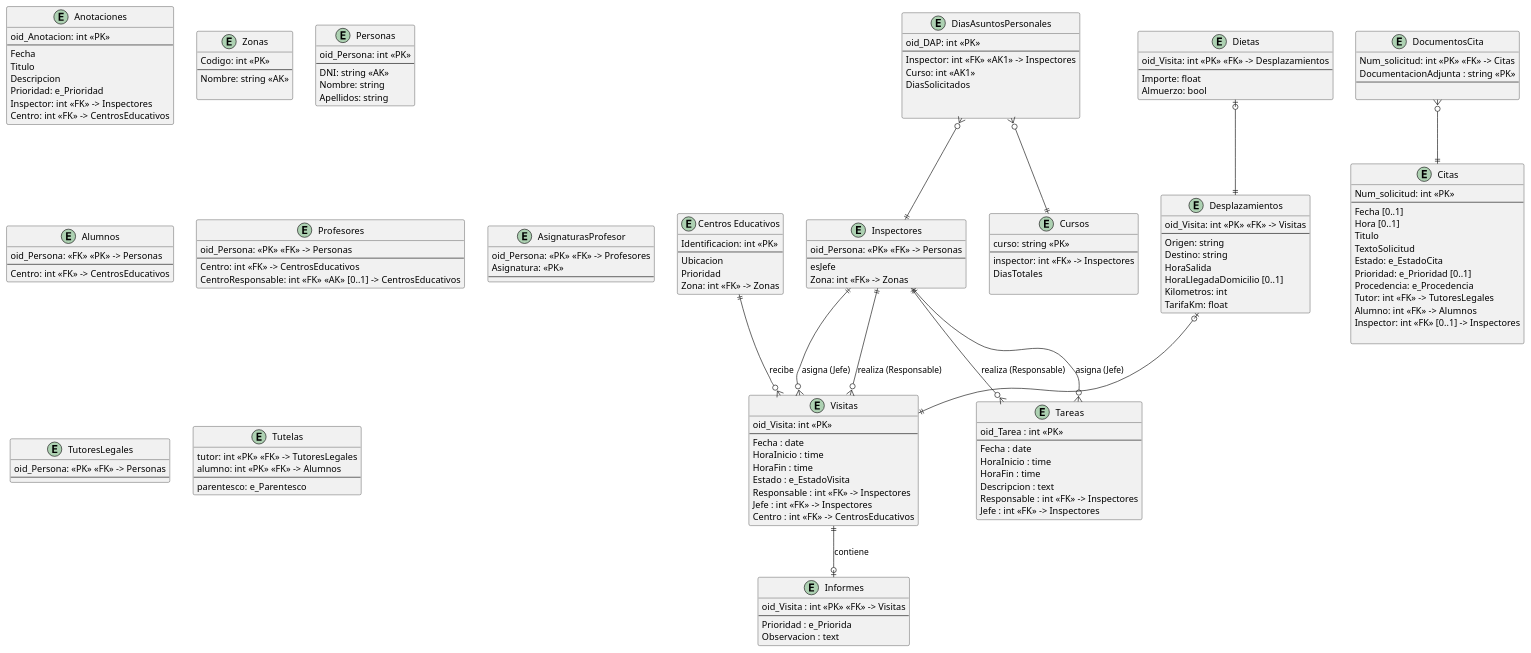
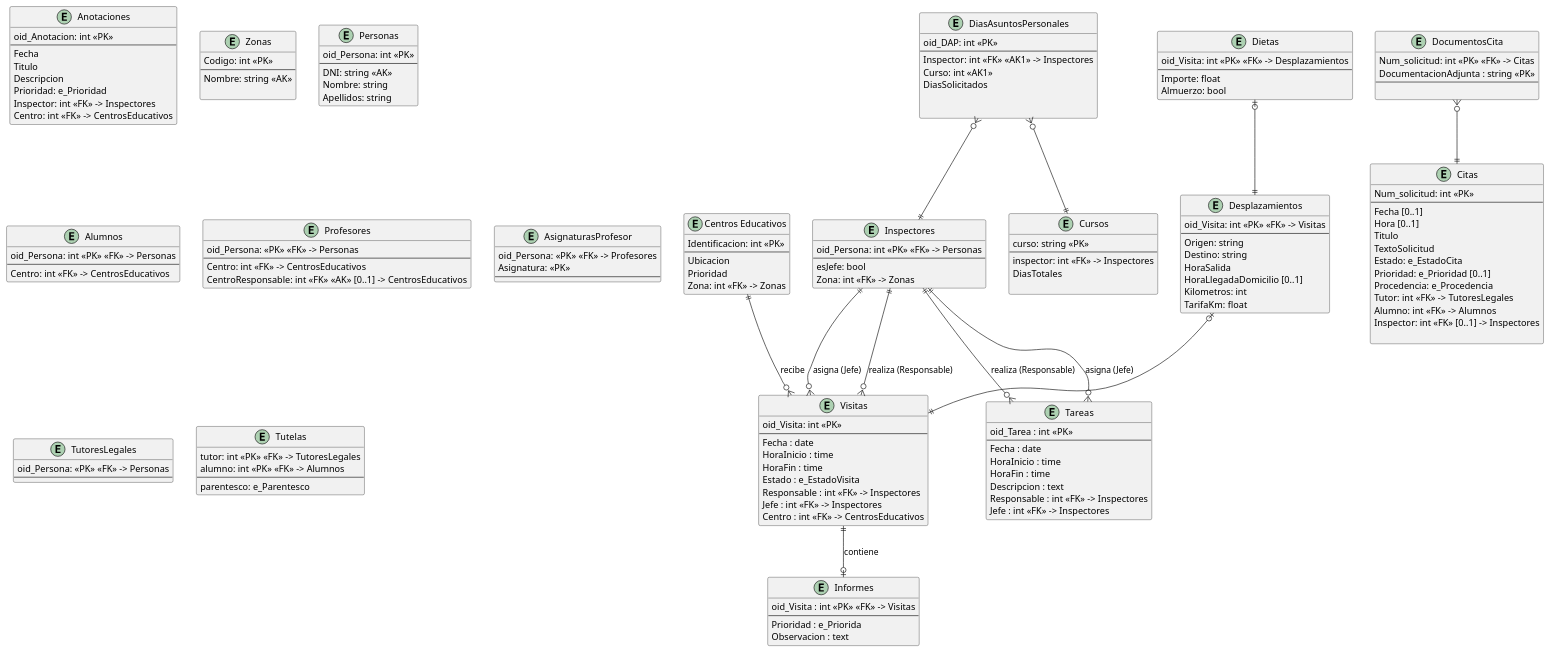
Before and after one commit to lorenzomaranon/ProyectoBD_Inspeccion_Educativa: the diagram in modelado/modelado_relacional.puml, drawn with PlantUML.

Commit message:
Añade tipos entidades inspectores y alumnos

```diff
--- a/modelado/modelado_relacional.puml
+++ b/modelado/modelado_relacional.puml
@@ -1,191 +1,191 @@
 @startuml modelado_relacional
 hide methods
 skinparam ClassAttributeIconSize 0
 
 
 entity "Centros Educativos" as CentrosEducativos {
     Identificacion: int <<PK>>
     --
     Ubicacion
     Prioridad
     Zona: int <<FK>> -> Zonas
 }
 
 
 entity DocumentosCita {
     Num_solicitud: int <<PK>> <<FK>> -> Citas
     DocumentacionAdjunta : string <<PK>>
     --
      
 }
 entity Citas {
     Num_solicitud: int <<PK>> 
     --
     Fecha [0..1]
     Hora [0..1]
     Titulo
     TextoSolicitud
     Estado: e_EstadoCita
     Prioridad: e_Prioridad [0..1]
     Procedencia: e_Procedencia
     Tutor: int <<FK>> -> TutoresLegales
     Alumno: int <<FK>> -> Alumnos
     Inspector: int <<FK>> [0..1] -> Inspectores
 
 }
 
 entity Anotaciones {
     oid_Anotacion: int <<PK>>
     --
     Fecha
     Titulo
     Descripcion
     Prioridad: e_Prioridad
     Inspector: int <<FK>> -> Inspectores
     Centro: int <<FK>> -> CentrosEducativos
 }
 
 
 
 entity Visitas {
     oid_Visita: int <<PK>>
     --
     Fecha : date
     HoraInicio : time
     HoraFin : time
     Estado : e_EstadoVisita
     Responsable : int <<FK>> -> Inspectores
     Jefe : int <<FK>> -> Inspectores
     Centro : int <<FK>> -> CentrosEducativos
 }
 
 entity Informes {
     oid_Visita : int <<PK>> <<FK>> -> Visitas
     --
     Prioridad : e_Priorida
     Observacion : text
 }
 
 entity Tareas {
     oid_Tarea : int <<PK>>
     --
     Fecha : date
     HoraInicio : time
     HoraFin : time
     Descripcion : text
     Responsable : int <<FK>> -> Inspectores
     Jefe : int <<FK>> -> Inspectores
 }
 
 
 
 entity Zonas {
     Codigo: int <<PK>>
     --
     Nombre: string <<AK>>
     
 }
 
 entity Personas {
     oid_Persona: int <<PK>>
     --
     DNI: string <<AK>>
     Nombre: string
     Apellidos: string
 }
 
 entity Inspectores {
-    oid_Persona: <<PK>> <<FK>> -> Personas
+    oid_Persona: int <<PK>> <<FK>> -> Personas
     --
-    esJefe
+    esJefe: bool
     Zona: int <<FK>> -> Zonas
 }
 entity Alumnos {
-    oid_Persona: <<FK>> <<PK>> -> Personas
+    oid_Persona: int <<PK>> <<FK>> -> Personas
     --
     Centro: int <<FK>> -> CentrosEducativos
 }
 
 entity Profesores {
     oid_Persona: <<PK>> <<FK>> -> Personas
     --
     Centro: int <<FK>> -> CentrosEducativos
     CentroResponsable: int <<FK>> <<AK>> [0..1] -> CentrosEducativos
 }
 
 entity AsignaturasProfesor {
     oid_Persona: <<PK>> <<FK>> -> Profesores
     Asignatura: <<PK>>
     --
 }
 
 entity TutoresLegales {
     oid_Persona: <<PK>> <<FK>> -> Personas
     --
 }
 
 entity Tutelas {
     tutor: int <<PK>> <<FK>> -> TutoresLegales
     alumno: int <<PK>> <<FK>> -> Alumnos
     --
     parentesco: e_Parentesco
 }
 
 Inspectores ||--o{ Visitas : realiza (Responsable)
 Inspectores ||--o{ Visitas : asigna (Jefe)
 Inspectores ||--o{ Tareas : realiza (Responsable)
 Inspectores ||--o{ Tareas : asigna (Jefe)
 CentrosEducativos ||--o{ Visitas : recibe
 Visitas ||--o| Informes : contiene
 
 
 entity Desplazamientos {
     oid_Visita: int <<PK>> <<FK>> -> Visitas
     --
     Origen: string
     Destino: string
     HoraSalida
     HoraLlegadaDomicilio [0..1]
     Kilometros: int
     TarifaKm: float
 }
 
 
 entity Dietas {
     oid_Visita: int <<PK>> <<FK>> -> Desplazamientos
     --
     Importe: float
     Almuerzo: bool
 }
 
 
 Desplazamientos |o--||Visitas
 Dietas |o--||Desplazamientos
 
 
 entity DiasAsuntosPersonales {
     oid_DAP: int <<PK>>
     --
     Inspector: int <<FK>> <<AK1>> -> Inspectores
     Curso: int <<AK1>>
     DiasSolicitados
     
     
 }
 
 
 entity Cursos {
     curso: string <<PK>>
     --
     inspector: int <<FK>> -> Inspectores
     DiasTotales
 
 }
 
 DiasAsuntosPersonales }o--||Cursos
 DiasAsuntosPersonales }o--||Inspectores
 
 '------- ASOCIACIONES --------------------------------------
 DocumentosCita }o--|| Citas
 
 @enduml
```
